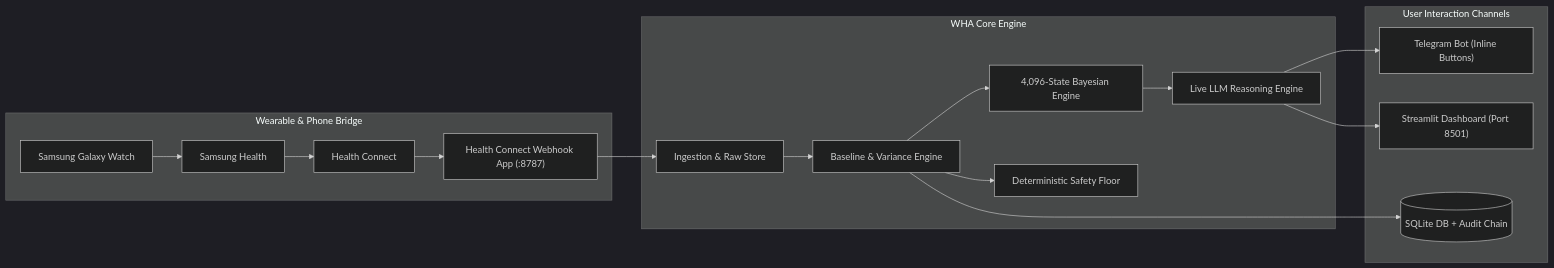
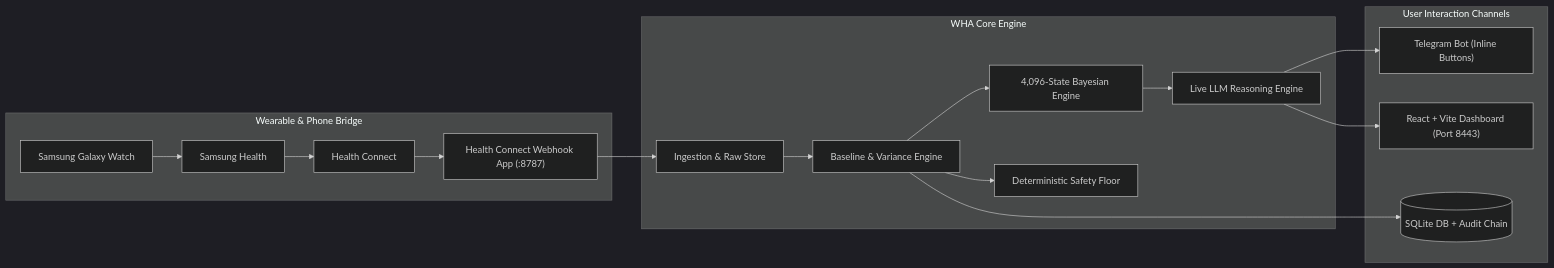
The diagram in README.md (NatBrian/wearable-health-agent), drawn with Mermaid (dark theme) before and after one commit. The commit also changed other lines of this file and 51 other files, not shown here.

Commit message:
Preserve the legacy dashboard contract in Vite

````diff
--- a/README.md
+++ b/README.md
@@ -457,22 +458,22 @@
 ```mermaid
 flowchart LR
     subgraph Hardware["Wearable & Phone Bridge"]
         Watch["Samsung Galaxy Watch"] --> SH["Samsung Health"]
         SH --> HC["Health Connect"]
         HC --> Bridge["Health Connect Webhook App (:8787)"]
     end
 
     subgraph Core["WHA Core Engine"]
         Bridge --> Ingest["Ingestion & Raw Store"]
         Ingest --> Stats["Baseline & Variance Engine"]
         Stats --> Bayes["4,096-State Bayesian Engine"]
         Stats --> Safety["Deterministic Safety Floor"]
         Bayes --> LLM["Live LLM Reasoning Engine"]
     end
 
     subgraph Delivery["User Interaction Channels"]
         LLM --> TG["Telegram Bot (Inline Buttons)"]
-        LLM --> UI["Streamlit Dashboard (Port 8501)"]
+        LLM --> UI["React + Vite Dashboard (Port 8443)"]
         Stats --> DB[("SQLite DB + Audit Chain")]
     end
 ```
````
